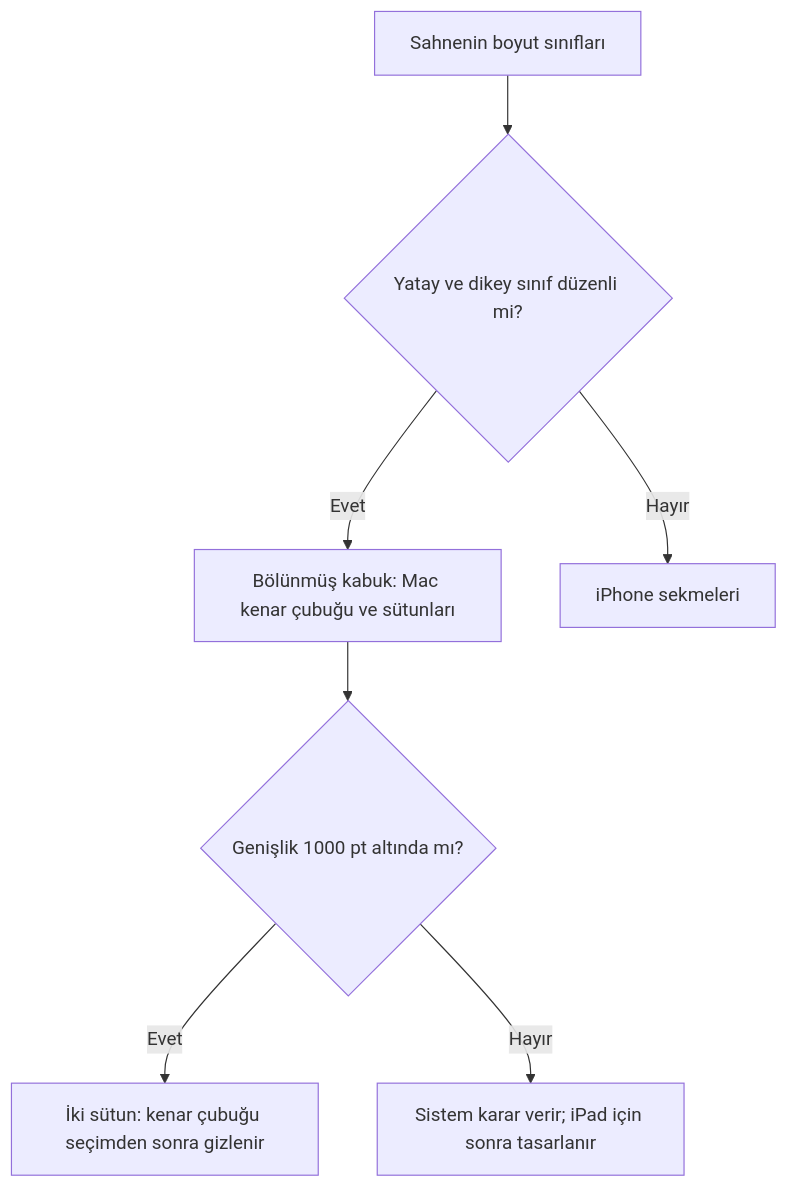
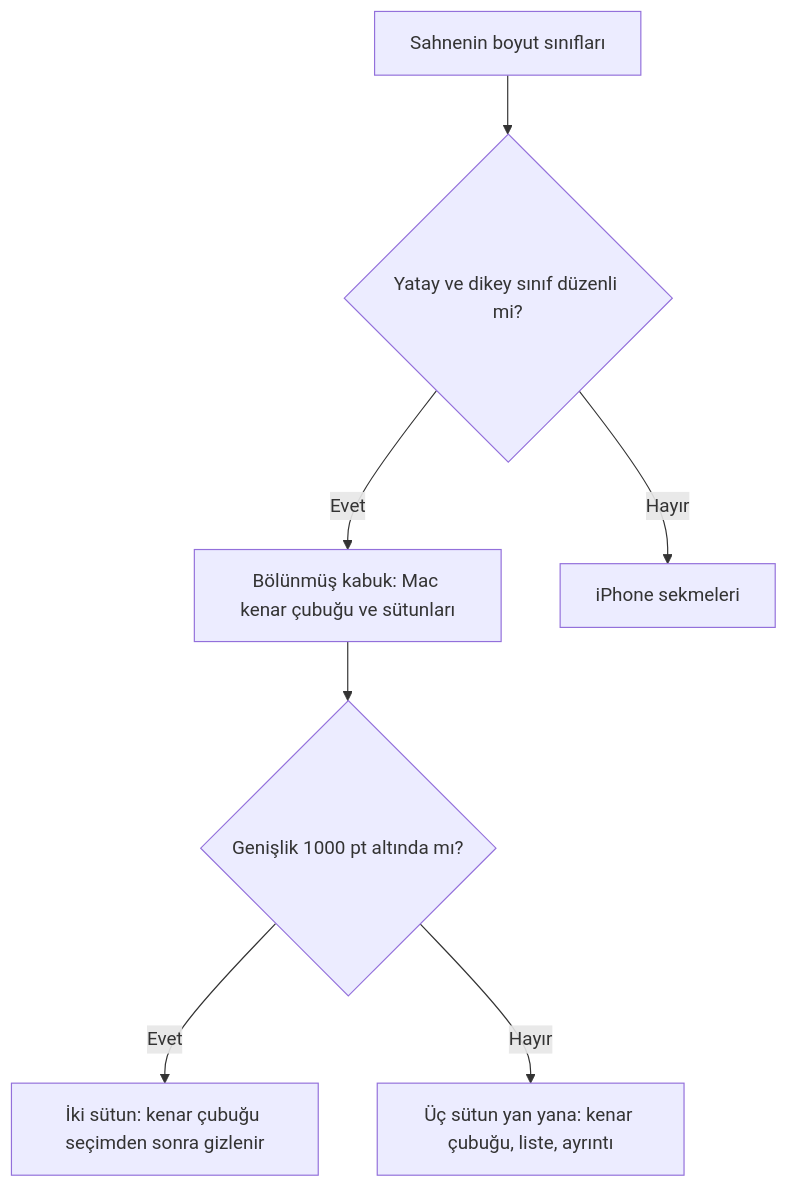
Before and after one commit to dogancanyildiz/kenet: diagram 11 of 18 in docs/screens.md, drawn with Mermaid. The commit also changed other lines of this file and 39 other files, not shown here.

Commit message:
feat: iPad bölünmüş kabuk: üç sütun kademesi, kenar çubuğu çizimi, Mac seçim biçimi, arama ve Rehberden aktar (#268)

````diff
--- a/docs/screens.md
+++ b/docs/screens.md
@@ -1030,9 +1030,9 @@
 ```mermaid
 flowchart TD
   A["Sahnenin boyut sınıfları"] --> B{"Yatay ve dikey sınıf düzenli mi?"}
   B -- Evet --> C["Bölünmüş kabuk: Mac kenar çubuğu ve sütunları"]
   B -- Hayır --> D["iPhone sekmeleri"]
   C --> E{"Genişlik 1000 pt altında mı?"}
   E -- Evet --> F["İki sütun: kenar çubuğu seçimden sonra gizlenir"]
-  E -- Hayır --> G["Sistem karar verir; iPad için sonra tasarlanır"]
+  E -- Hayır --> G["Üç sütun yan yana: kenar çubuğu, liste, ayrıntı"]
 ```
````
